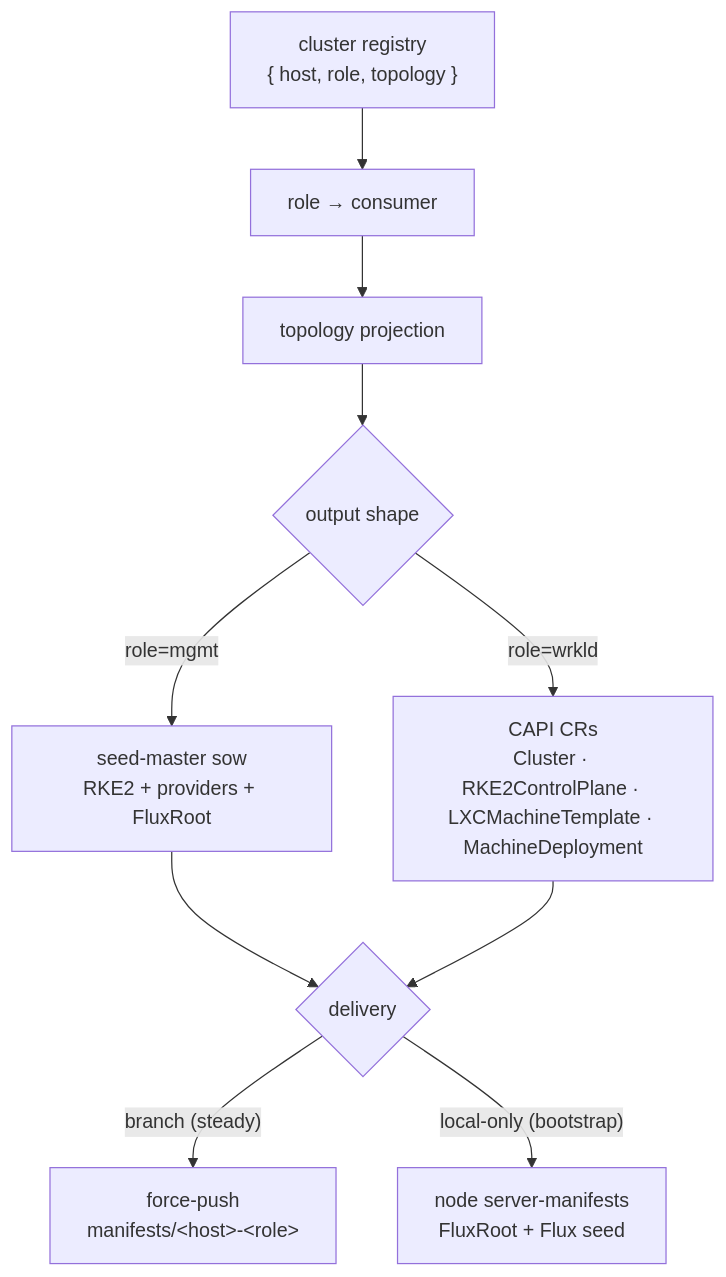
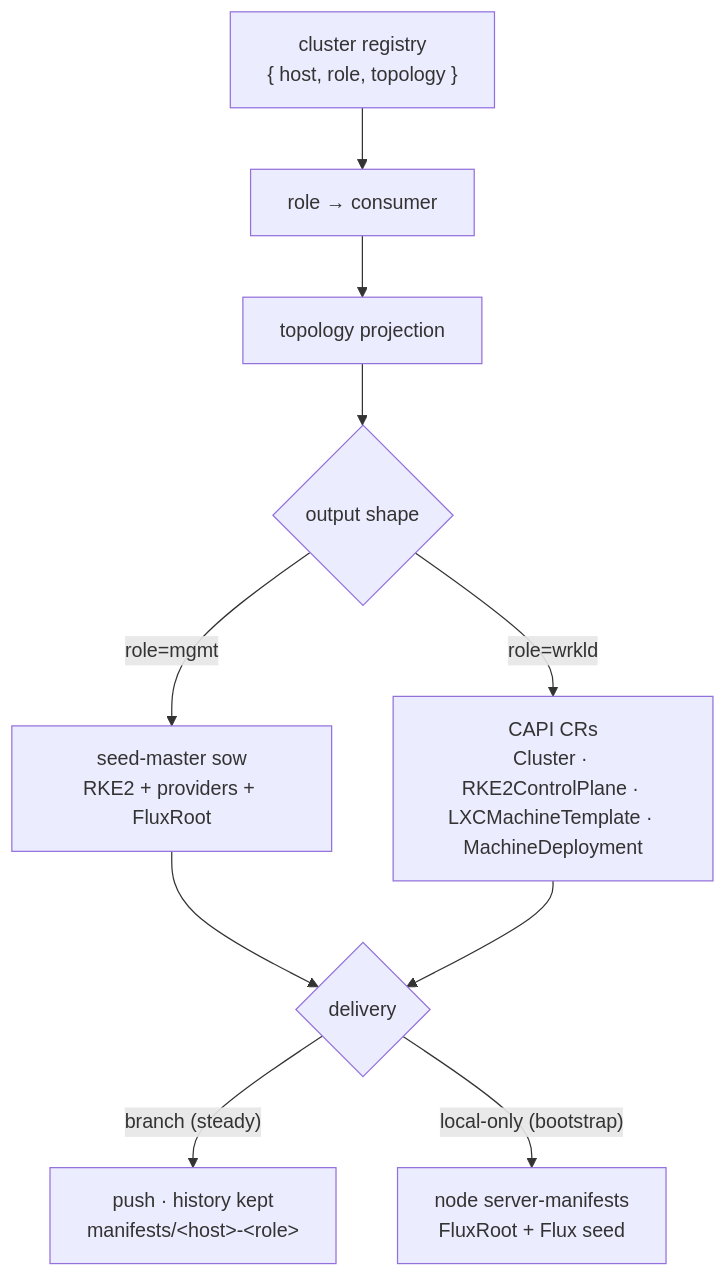
One commit to nxmatic/rke2lab changed the third of 5 diagrams in docs/architecture/cluster-api/manifests-rendered-branches.adoc. Above: the diagram before and after it, drawn with Mermaid. The commit also changed other lines of this file and 1914 other files, not shown here.

```diff
--- a/docs/architecture/cluster-api/manifests-rendered-branches.adoc
+++ b/docs/architecture/cluster-api/manifests-rendered-branches.adoc
@@ -166,14 +167,14 @@
 [mermaid,manifests-rendered-branches-components,svg]
 ----
 flowchart TB
   REG["cluster registry<br/>{ host, role, topology }"]
   SEL["role → consumer"]
   PROJ["topology projection"]
   REG --> SEL --> PROJ --> SHAPE{"output shape"}
   SHAPE -->|"role=mgmt"| SOW["seed-master sow<br/>RKE2 + providers + FluxRoot"]
   SHAPE -->|"role=wrkld"| CRS["CAPI CRs<br/>Cluster · RKE2ControlPlane · LXCMachineTemplate · MachineDeployment"]
   SOW --> DELIV{"delivery"}
   CRS --> DELIV
-  DELIV -->|"branch (steady)"| FP["force-push<br/>manifests/&lt;host&gt;-&lt;role&gt;"]
+  DELIV -->|"branch (steady)"| FP["push · history kept<br/>manifests/&lt;host&gt;-&lt;role&gt;"]
   DELIV -->|"local-only (bootstrap)"| SRV["node server-manifests<br/>FluxRoot + Flux seed"]
 ----
```
